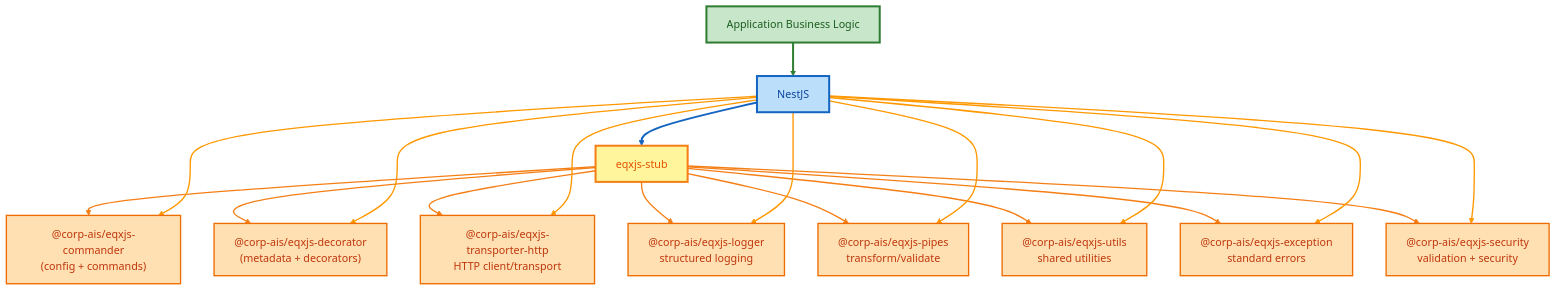
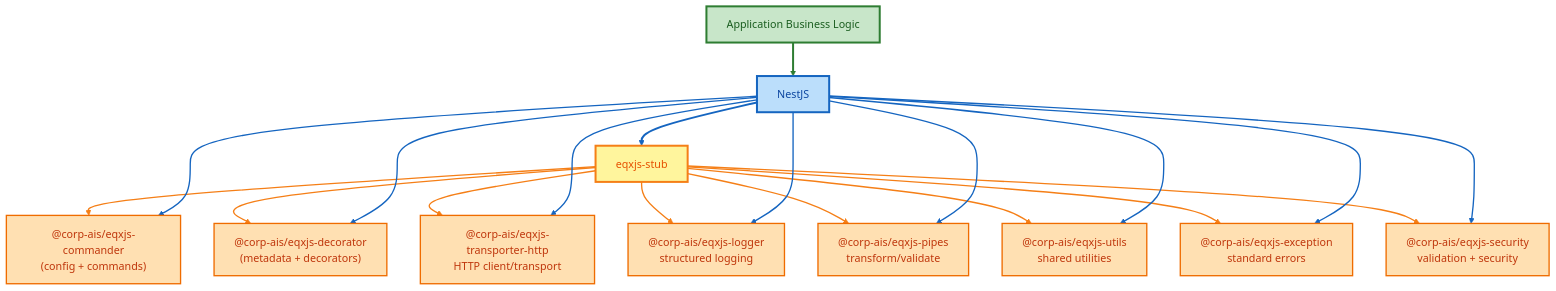
The second of 2 diagrams in TECHNOLOGY_STACK.md (aretit2533/cronus-course-document), drawn with Mermaid (neutral theme) before and after one commit.

Commit message:
change line color

````diff
--- a/TECHNOLOGY_STACK.md
+++ b/TECHNOLOGY_STACK.md
@@ -104,39 +104,39 @@
 ```mermaid
 graph TD
     A[Application Business Logic] --> C[NestJS]
     C --> Stub[eqxjs-stub]
     Stub --> Commander["@corp-ais/eqxjs-commander<br/>(config + commands)"]
     Stub --> Decorator["@corp-ais/eqxjs-decorator<br/>(metadata + decorators)"]
     Stub --> Http["@corp-ais/eqxjs-transporter-http<br/>HTTP client/transport"]
     Stub --> Logger["@corp-ais/eqxjs-logger<br/>structured logging"]
     Stub --> Pipes["@corp-ais/eqxjs-pipes<br/>transform/validate"]
     Stub --> Utils["@corp-ais/eqxjs-utils<br/>shared utilities"]
     Stub --> Exception["@corp-ais/eqxjs-exception<br/>standard errors"]
     Stub --> Security["@corp-ais/eqxjs-security<br/>validation + security"]
     C --> Commander
     C --> Decorator
     C --> Http
     C --> Logger
     C --> Pipes
     C --> Utils
     C --> Exception
     C --> Security
     
     style A fill:#c8e6c9,stroke:#2e7d32,stroke-width:3px,color:#1b5e20
     style C fill:#bbdefb,stroke:#1565c0,stroke-width:3px,color:#0d47a1
     style Stub fill:#fff59d,stroke:#f57f17,stroke-width:3px,color:#e65100
     
     style Commander fill:#ffe0b2,stroke:#ef6c00,stroke-width:2px,color:#bf360c
     style Decorator fill:#ffe0b2,stroke:#ef6c00,stroke-width:2px,color:#bf360c
     style Http fill:#ffe0b2,stroke:#ef6c00,stroke-width:2px,color:#bf360c
     style Logger fill:#ffe0b2,stroke:#ef6c00,stroke-width:2px,color:#bf360c
     style Pipes fill:#ffe0b2,stroke:#ef6c00,stroke-width:2px,color:#bf360c
     style Utils fill:#ffe0b2,stroke:#ef6c00,stroke-width:2px,color:#bf360c
     style Exception fill:#ffe0b2,stroke:#ef6c00,stroke-width:2px,color:#bf360c
     style Security fill:#ffe0b2,stroke:#ef6c00,stroke-width:2px,color:#bf360c
     
     linkStyle 0 stroke:#2e7d32,stroke-width:3px
     linkStyle 1 stroke:#1565c0,stroke-width:3px
     linkStyle 2,3,4,5,6,7,8,9 stroke:#f57f17,stroke-width:2px
-    linkStyle 10,11,12,13,14,15,16,17 stroke:#ff9800,stroke-width:2px
+    linkStyle 10,11,12,13,14,15,16,17 stroke:#1565c0,stroke-width:2px
 ```
````
